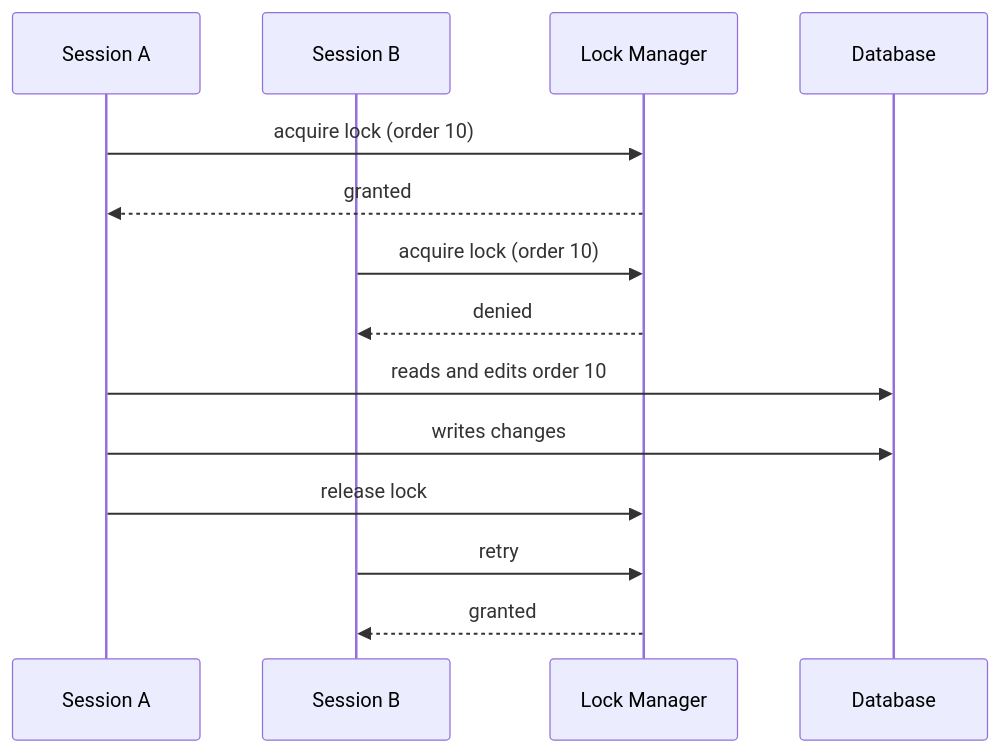
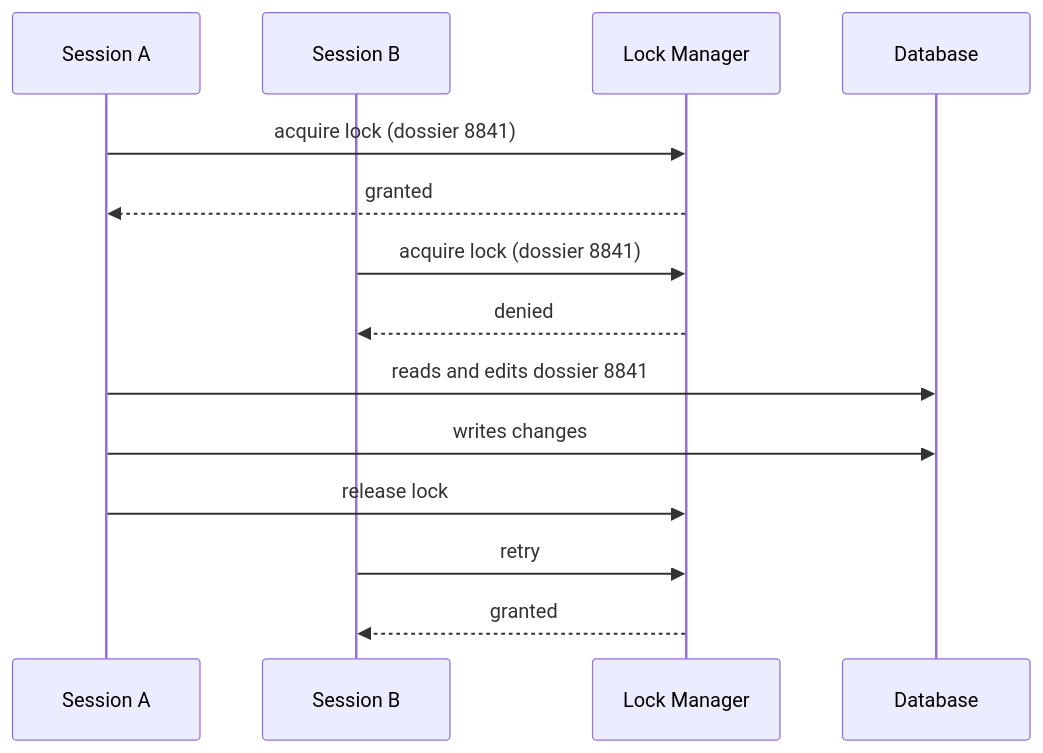
One commit to alancesar/design-patterns changed the diagram in i18n/en/docusaurus-plugin-content-docs/current/design/poeaa/offline-concurrency/pessimistic-offline-lock.md. Above: the diagram before and after it, drawn with Mermaid. The commit also changed other lines of this file and 95 other files, not shown here.

First line of the commit message:
Switch PoEAA examples and diagrams to fintech scenarios

````diff
--- a/i18n/en/docusaurus-plugin-content-docs/current/design/poeaa/offline-concurrency/pessimistic-offline-lock.md
+++ b/i18n/en/docusaurus-plugin-content-docs/current/design/poeaa/offline-concurrency/pessimistic-offline-lock.md
@@ -54,16 +54,16 @@
 ```mermaid
 sequenceDiagram
     participant A as Session A
     participant B as Session B
     participant LM as Lock Manager
     participant DB as Database
-    A->>LM: acquire lock (order 10)
+    A->>LM: acquire lock (dossier 8841)
     LM-->>A: granted
-    B->>LM: acquire lock (order 10)
+    B->>LM: acquire lock (dossier 8841)
     LM-->>B: denied
-    A->>DB: reads and edits order 10
+    A->>DB: reads and edits dossier 8841
     A->>DB: writes changes
     A->>LM: release lock
     B->>LM: retry
     LM-->>B: granted
 ```
````
